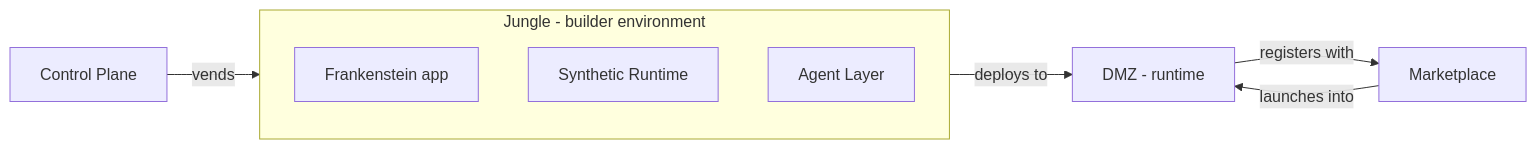
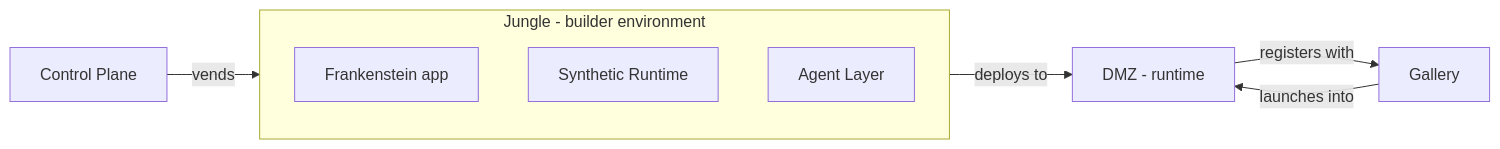
The diagram in docs/architecture/system-context.md (Flying-Pig-Labs/jungl3), drawn with Mermaid before and after one commit. The commit also changed other lines of this file and 10 other files, not shown here.

````diff
--- a/docs/architecture/system-context.md
+++ b/docs/architecture/system-context.md
@@ -9,18 +9,18 @@
 ```mermaid
 flowchart LR
   CP[Control Plane]
 
   subgraph J[Jungle - builder environment]
     APP[Frankenstein app]
     SR[Synthetic Runtime]
     AG[Agent Layer]
   end
 
   DMZ[DMZ - runtime]
-  MP[Marketplace]
+  GAL[Gallery]
 
   CP -->|vends| J
   J -->|deploys to| DMZ
-  DMZ -->|registers with| MP
-  MP -->|launches into| DMZ
+  DMZ -->|registers with| GAL
+  GAL -->|launches into| DMZ
 ```
````
